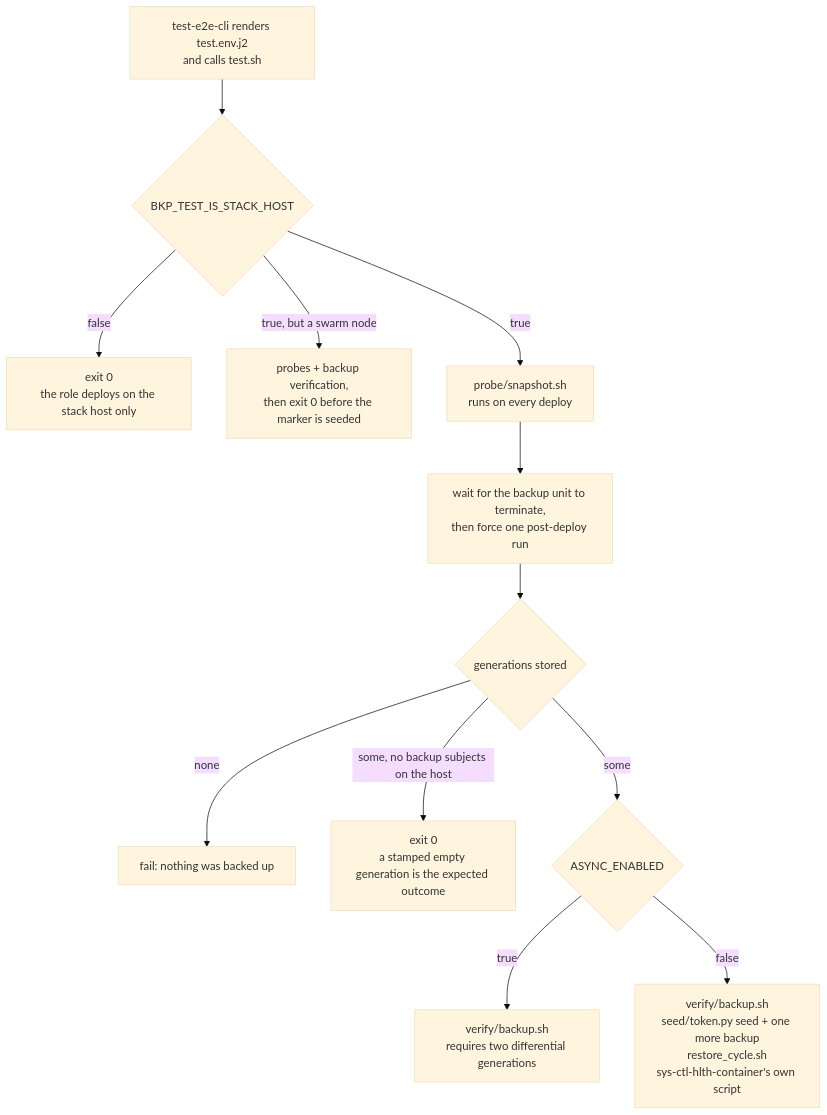
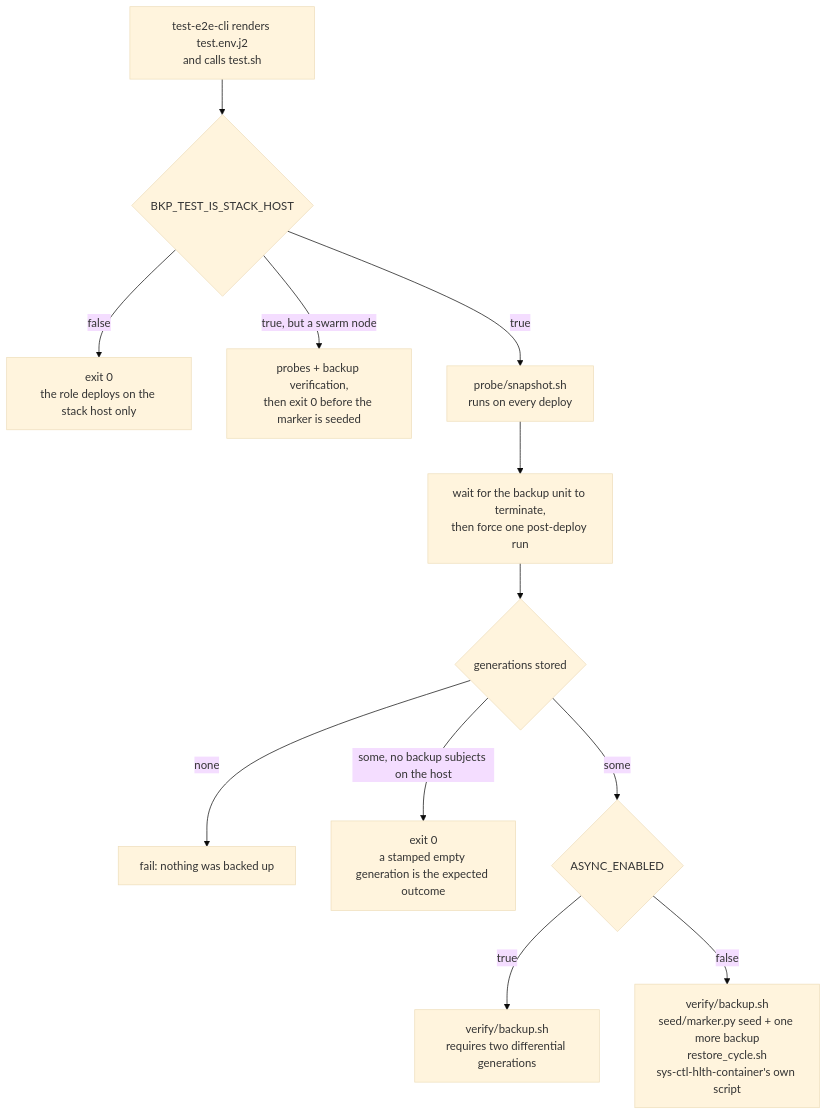
One commit to AlejandroRomanIbanez/infinito-nexus changed the first of 4 diagrams in roles/svc-bkp-volume-2-local/files/test/README.md. Above: the diagram before and after it, drawn with Mermaid (base theme). The commit also changed other lines of this file and 4 other files, not shown here.

First line of the commit message:
fix(svc-bkp-volume-2-local): rename the seed helper off the stdlib's token module

````diff
--- a/roles/svc-bkp-volume-2-local/files/test/README.md
+++ b/roles/svc-bkp-volume-2-local/files/test/README.md
@@ -13,14 +13,14 @@
 ```mermaid
 flowchart TD
     ENV["test-e2e-cli renders test.env.j2<br>and calls test.sh"] --> HOST{"BKP_TEST_IS_STACK_HOST"}
     HOST -->|false| SKIP["exit 0<br>the role deploys on the stack host only"]
     HOST -->|"true, but a swarm node"| SWARMSKIP["probes + backup verification,<br>then exit 0 before the marker is seeded"]
     HOST -->|true| PROBE["probe/snapshot.sh<br>runs on every deploy"]
     PROBE --> WAIT["wait for the backup unit to terminate,<br>then force one post-deploy run"]
     WAIT --> COUNT{"generations stored"}
     COUNT -->|none| FAIL["fail: nothing was backed up"]
     COUNT -->|"some, no backup subjects on the host"| EMPTY["exit 0<br>a stamped empty generation is the expected outcome"]
     COUNT -->|some| PASS{"ASYNC_ENABLED"}
     PASS -->|true| ASYNC["verify/backup.sh<br>requires two differential generations"]
-    PASS -->|false| SYNC["verify/backup.sh<br>seed/token.py seed + one more backup<br>restore_cycle.sh<br>sys-ctl-hlth-container's own script"]
+    PASS -->|false| SYNC["verify/backup.sh<br>seed/marker.py seed + one more backup<br>restore_cycle.sh<br>sys-ctl-hlth-container's own script"]
 ```
````
